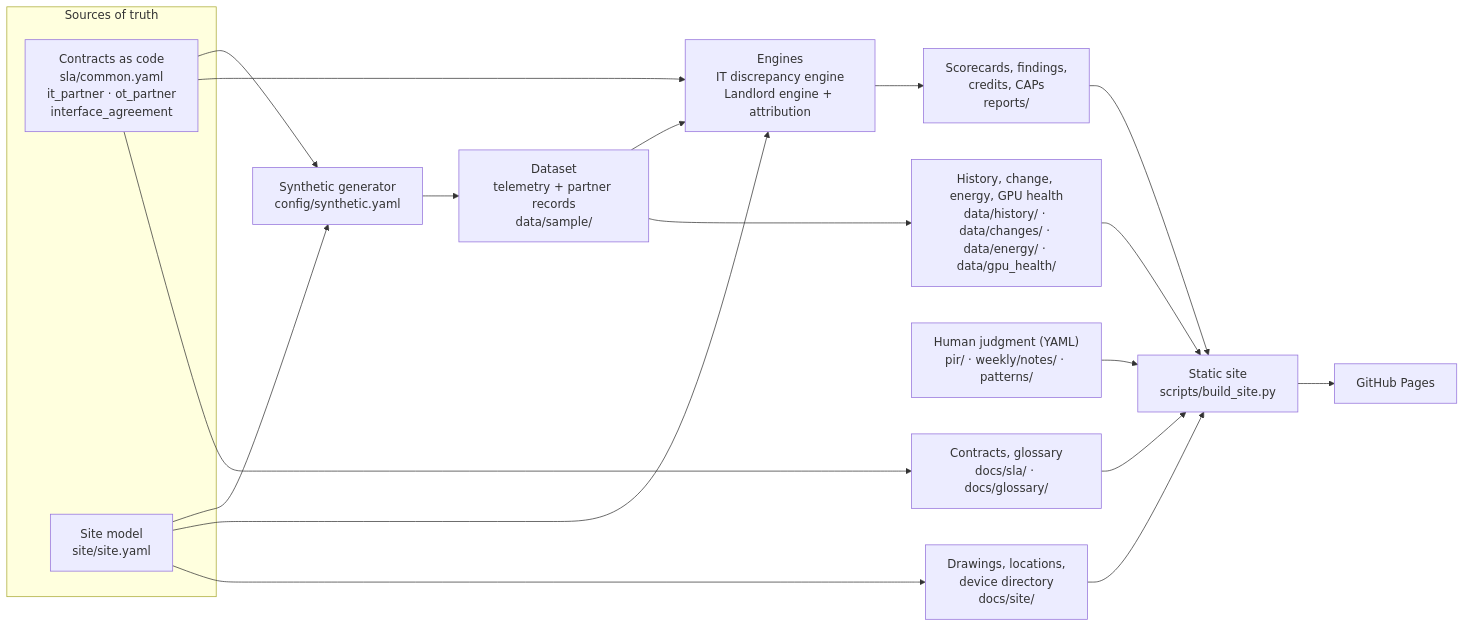
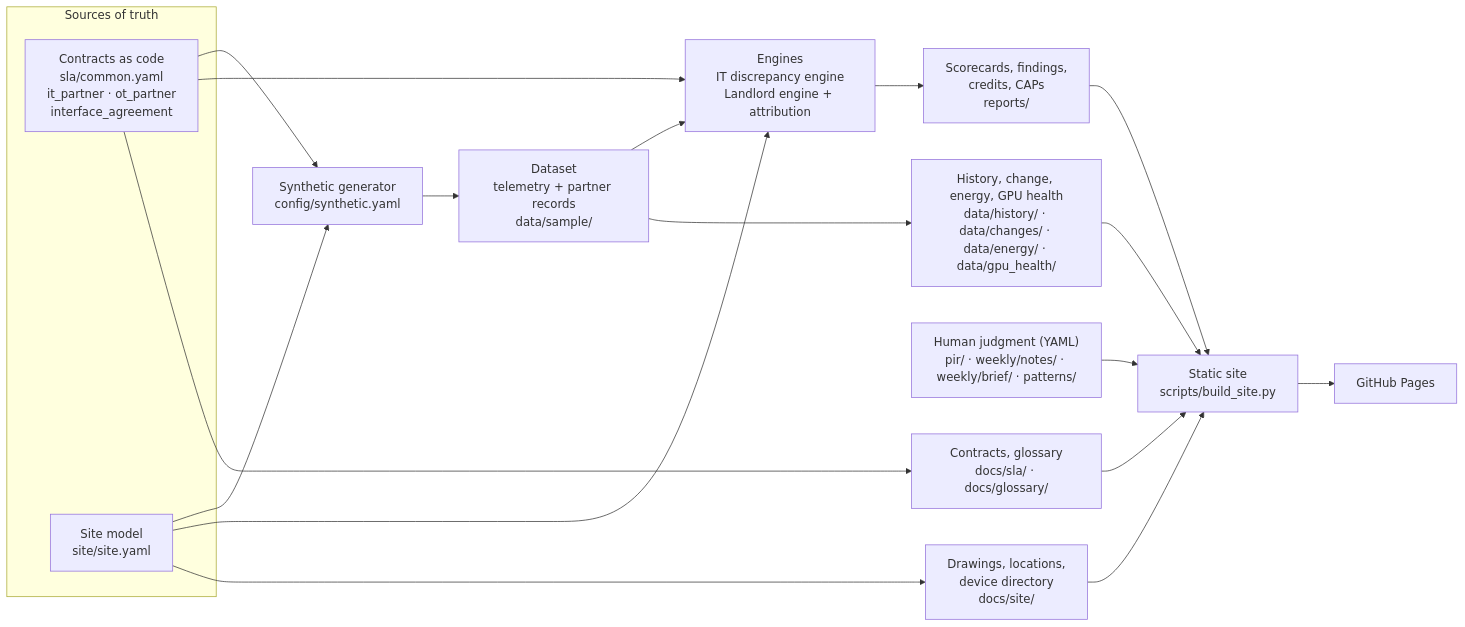
Before and after one commit to JasonMossotti/dco-vendor-scorecard: the diagram in README.md, drawn with Mermaid. The commit also changed other lines of this file and 19 other files, not shown here.

First line of the commit message:
Add a one-page Leadership brief to the Weekly Review

````diff
--- a/README.md
+++ b/README.md
@@ -54,24 +54,24 @@
 ```mermaid
 flowchart LR
   subgraph truth[Sources of truth]
     SLA["Contracts as code<br/>sla/common.yaml<br/>it_partner · ot_partner<br/>interface_agreement"]
     SITE["Site model<br/>site/site.yaml"]
   end
   GEN["Synthetic generator<br/>config/synthetic.yaml"]
   GEN --> DATA["Dataset<br/>telemetry + partner records<br/>data/sample/"]
   SITE --> GEN
   SLA --> GEN
   DATA --> ENG["Engines<br/>IT discrepancy engine<br/>Landlord engine + attribution"]
   SLA --> ENG
   SITE --> ENG
   ENG --> REP["Scorecards, findings,<br/>credits, CAPs<br/>reports/"]
   DATA --> HIST["History, change, energy, GPU health<br/>data/history/ · data/changes/ · data/energy/ · data/gpu_health/"]
   REP --> PAGES
   HIST --> PAGES
-  JUDG["Human judgment (YAML)<br/>pir/ · weekly/notes/ · patterns/"] --> PAGES
+  JUDG["Human judgment (YAML)<br/>pir/ · weekly/notes/ · weekly/brief/ · patterns/"] --> PAGES
   SLA --> DOCS["Contracts, glossary<br/>docs/sla/ · docs/glossary/"]
   SITE --> DWG["Drawings, locations,<br/>device directory<br/>docs/site/"]
   DOCS --> PAGES
   DWG --> PAGES
   PAGES["Static site<br/>scripts/build_site.py"] --> GH["GitHub Pages"]
 ```
````
